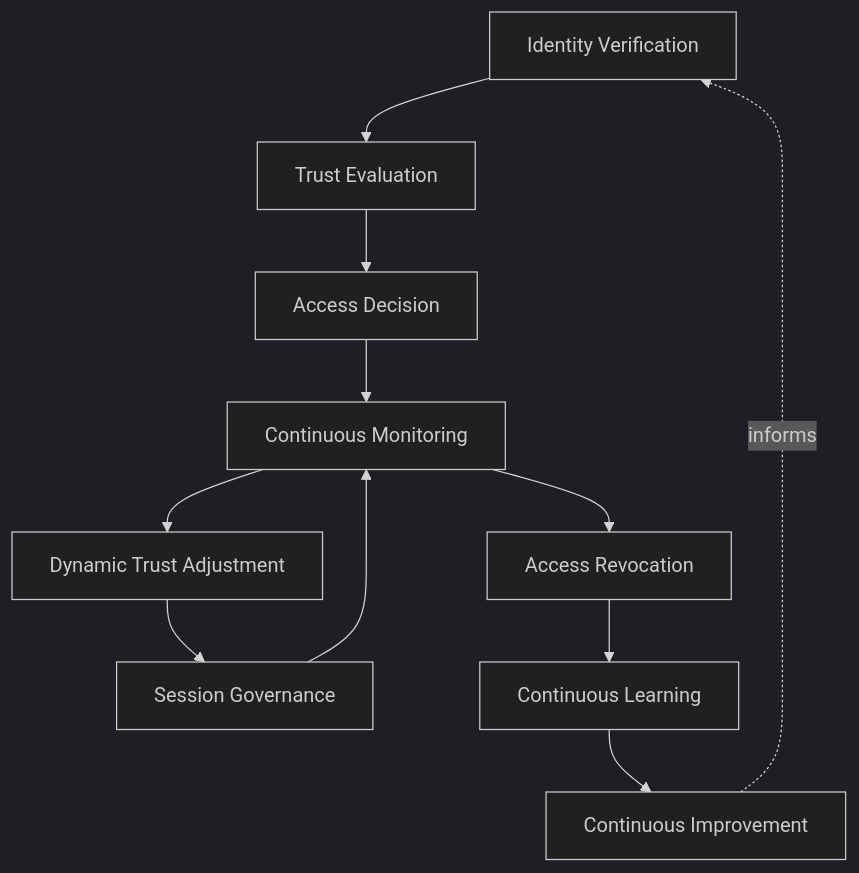
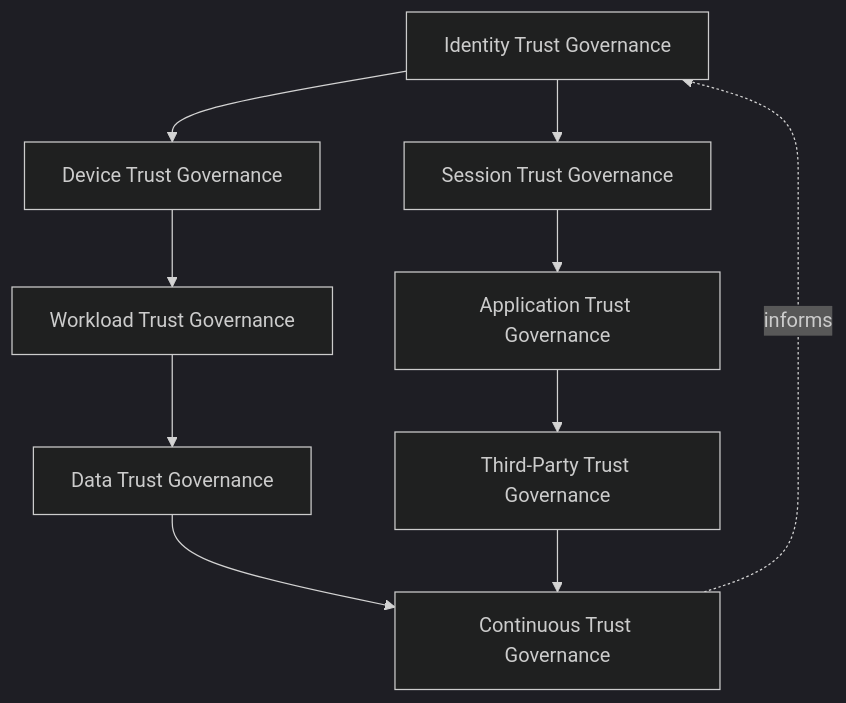
The second of 7 diagrams in 06_Security/zero-trust-strategy.md (MojammelJoy/StackLeo-Tech-Store), drawn with Mermaid (dark theme) before and after one commit. The commit also changed other lines of this file and 37 other files, not shown here.

````diff
--- a/06_Security/zero-trust-strategy.md
+++ b/06_Security/zero-trust-strategy.md
@@ -108,13 +168,12 @@
 ```mermaid
 flowchart TD
-    Identity[Identity Verification] --> Evaluate[Trust Evaluation]
-    Evaluate --> Decision[Access Decision]
-    Decision --> Monitor[Continuous Monitoring]
-    Monitor --> Adjust[Dynamic Trust Adjustment]
-    Adjust --> Session[Session Governance]
-    Session --> Monitor
-    Monitor --> Revoke[Access Revocation]
-    Revoke --> Learn[Continuous Learning]
-    Learn --> Improve[Continuous Improvement]
-    Improve -.informs.-> Identity
+    IdTrustGov[Identity Trust Governance] --> DevTrustGov[Device Trust Governance]
+    IdTrustGov --> SessTrustGov[Session Trust Governance]
+    DevTrustGov --> WorkTrustGov[Workload Trust Governance]
+    SessTrustGov --> AppTrustGov[Application Trust Governance]
+    WorkTrustGov --> DataTrustGov[Data Trust Governance]
+    AppTrustGov --> ThirdTrustGov[Third-Party Trust Governance]
+    DataTrustGov --> CTGov[Continuous Trust Governance]
+    ThirdTrustGov --> CTGov
+    CTGov -.informs.-> IdTrustGov
 ```
````
